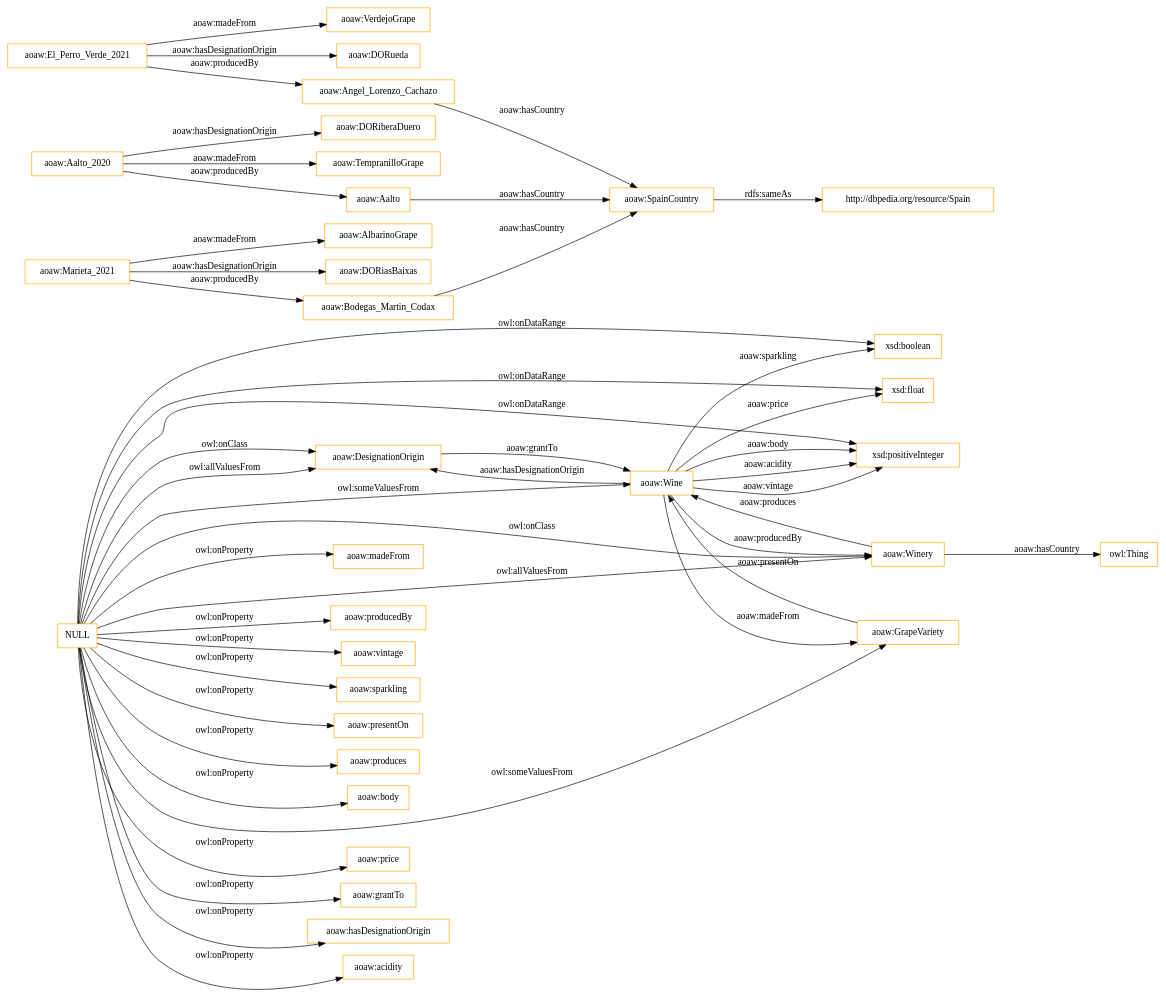
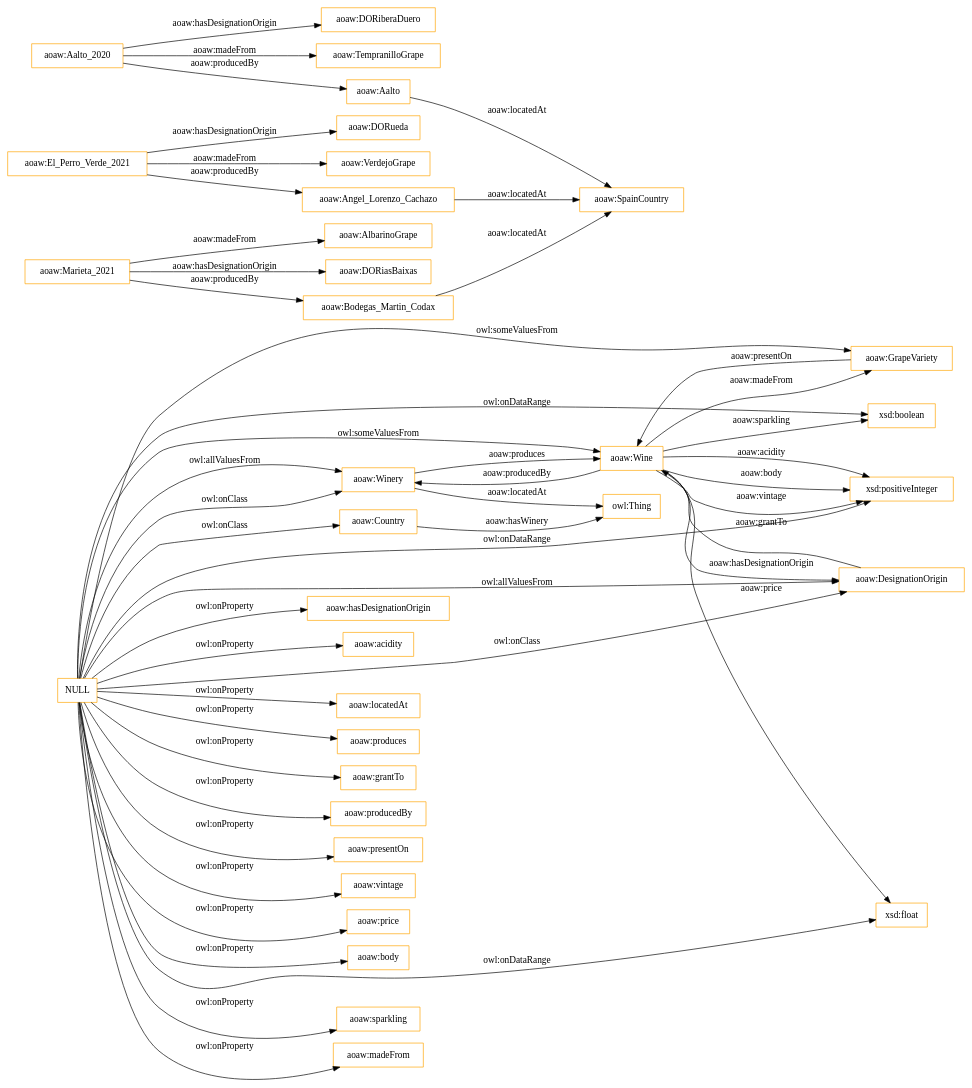
One commit to dcordobar/aoaw changed the diagram in OnToology/aoaw.rdf/diagrams/ar2dtool-class/aoaw.rdf.png.dot. Above: the diagram before and after it, drawn with Graphviz. The commit also changed 12 other files, not shown here.

```diff
--- a/OnToology/aoaw.rdf/diagrams/ar2dtool-class/aoaw.rdf.png.dot
+++ b/OnToology/aoaw.rdf/diagrams/ar2dtool-class/aoaw.rdf.png.dot
@@ -1,51 +1,53 @@
 digraph ar2dtool_diagram { 
 rankdir=LR;
 size="1501"
-node [shape = rectangle, color="orange"]; "aoaw:DesignationOrigin" "aoaw:VerdejoGrape" "aoaw:DORiberaDuero" "aoaw:Wine" "aoaw:AlbarinoGrape" "aoaw:TempranilloGrape" "aoaw:Winery" "aoaw:DORueda" "aoaw:DORiasBaixas" "aoaw:GrapeVariety" ; /*classes style*/
+node [shape = rectangle, color="orange"]; "aoaw:Country" "aoaw:DORiberaDuero" "aoaw:DORueda" "aoaw:GrapeVariety" "aoaw:Winery" "aoaw:AlbarinoGrape" "aoaw:TempranilloGrape" "aoaw:DesignationOrigin" "aoaw:VerdejoGrape" "aoaw:DORiasBaixas" "aoaw:Wine" ; /*classes style*/
 	"NULL" -> "xsd:boolean" [ label = "owl:onDataRange" ];
-	"NULL" -> "aoaw:madeFrom" [ label = "owl:onProperty" ];
+	"NULL" -> "aoaw:hasDesignationOrigin" [ label = "owl:onProperty" ];
+	"NULL" -> "aoaw:acidity" [ label = "owl:onProperty" ];
 	"NULL" -> "xsd:float" [ label = "owl:onDataRange" ];
+	"NULL" -> "aoaw:locatedAt" [ label = "owl:onProperty" ];
+	"NULL" -> "aoaw:produces" [ label = "owl:onProperty" ];
+	"NULL" -> "aoaw:grantTo" [ label = "owl:onProperty" ];
+	"NULL" -> "aoaw:producedBy" [ label = "owl:onProperty" ];
+	"NULL" -> "aoaw:DesignationOrigin" [ label = "owl:allValuesFrom" ];
 	"NULL" -> "aoaw:GrapeVariety" [ label = "owl:someValuesFrom" ];
-	"NULL" -> "aoaw:producedBy" [ label = "owl:onProperty" ];
-	"NULL" -> "aoaw:Winery" [ label = "owl:onClass" ];
-	"NULL" -> "aoaw:DesignationOrigin" [ label = "owl:allValuesFrom" ];
+	"NULL" -> "aoaw:presentOn" [ label = "owl:onProperty" ];
+	"NULL" -> "aoaw:Wine" [ label = "owl:someValuesFrom" ];
 	"NULL" -> "aoaw:vintage" [ label = "owl:onProperty" ];
-	"NULL" -> "aoaw:sparkling" [ label = "owl:onProperty" ];
-	"NULL" -> "aoaw:presentOn" [ label = "owl:onProperty" ];
-	"NULL" -> "aoaw:produces" [ label = "owl:onProperty" ];
-	"NULL" -> "aoaw:Wine" [ label = "owl:someValuesFrom" ];
+	"NULL" -> "aoaw:price" [ label = "owl:onProperty" ];
 	"NULL" -> "aoaw:body" [ label = "owl:onProperty" ];
 	"NULL" -> "xsd:positiveInteger" [ label = "owl:onDataRange" ];
-	"NULL" -> "aoaw:price" [ label = "owl:onProperty" ];
-	"NULL" -> "aoaw:grantTo" [ label = "owl:onProperty" ];
-	"NULL" -> "aoaw:hasDesignationOrigin" [ label = "owl:onProperty" ];
+	"NULL" -> "aoaw:Winery" [ label = "owl:onClass" ];
+	"NULL" -> "aoaw:sparkling" [ label = "owl:onProperty" ];
 	"NULL" -> "aoaw:DesignationOrigin" [ label = "owl:onClass" ];
-	"NULL" -> "aoaw:acidity" [ label = "owl:onProperty" ];
+	"NULL" -> "aoaw:Country" [ label = "owl:onClass" ];
+	"NULL" -> "aoaw:madeFrom" [ label = "owl:onProperty" ];
 	"NULL" -> "aoaw:Winery" [ label = "owl:allValuesFrom" ];
+	"aoaw:Angel_Lorenzo_Cachazo" -> "aoaw:SpainCountry" [ label = "aoaw:locatedAt" ];
+	"aoaw:Bodegas_Martin_Codax" -> "aoaw:SpainCountry" [ label = "aoaw:locatedAt" ];
 	"aoaw:Aalto_2020" -> "aoaw:TempranilloGrape" [ label = "aoaw:madeFrom" ];
+	"aoaw:Aalto_2020" -> "aoaw:DORiberaDuero" [ label = "aoaw:hasDesignationOrigin" ];
 	"aoaw:Aalto_2020" -> "aoaw:Aalto" [ label = "aoaw:producedBy" ];
-	"aoaw:Aalto_2020" -> "aoaw:DORiberaDuero" [ label = "aoaw:hasDesignationOrigin" ];
-	"aoaw:Angel_Lorenzo_Cachazo" -> "aoaw:SpainCountry" [ label = "aoaw:hasCountry" ];
-	"aoaw:El_Perro_Verde_2021" -> "aoaw:DORueda" [ label = "aoaw:hasDesignationOrigin" ];
-	"aoaw:El_Perro_Verde_2021" -> "aoaw:Angel_Lorenzo_Cachazo" [ label = "aoaw:producedBy" ];
-	"aoaw:El_Perro_Verde_2021" -> "aoaw:VerdejoGrape" [ label = "aoaw:madeFrom" ];
-	"aoaw:Bodegas_Martin_Codax" -> "aoaw:SpainCountry" [ label = "aoaw:hasCountry" ];
-	"aoaw:SpainCountry" -> "http://dbpedia.org/resource/Spain" [ label = "rdfs:sameAs" ];
-	"aoaw:Aalto" -> "aoaw:SpainCountry" [ label = "aoaw:hasCountry" ];
 	"aoaw:Marieta_2021" -> "aoaw:AlbarinoGrape" [ label = "aoaw:madeFrom" ];
 	"aoaw:Marieta_2021" -> "aoaw:Bodegas_Martin_Codax" [ label = "aoaw:producedBy" ];
 	"aoaw:Marieta_2021" -> "aoaw:DORiasBaixas" [ label = "aoaw:hasDesignationOrigin" ];
+	"aoaw:El_Perro_Verde_2021" -> "aoaw:Angel_Lorenzo_Cachazo" [ label = "aoaw:producedBy" ];
+	"aoaw:El_Perro_Verde_2021" -> "aoaw:VerdejoGrape" [ label = "aoaw:madeFrom" ];
+	"aoaw:El_Perro_Verde_2021" -> "aoaw:DORueda" [ label = "aoaw:hasDesignationOrigin" ];
+	"aoaw:Aalto" -> "aoaw:SpainCountry" [ label = "aoaw:locatedAt" ];
+	"aoaw:Wine" -> "aoaw:DesignationOrigin" [ label = "aoaw:hasDesignationOrigin" ];
+	"aoaw:Wine" -> "xsd:positiveInteger" [ label = "aoaw:vintage" ];
 	"aoaw:GrapeVariety" -> "aoaw:Wine" [ label = "aoaw:presentOn" ];
+	"aoaw:Country" -> "owl:Thing" [ label = "aoaw:hasWinery" ];
+	"aoaw:Wine" -> "xsd:boolean" [ label = "aoaw:sparkling" ];
+	"aoaw:Wine" -> "xsd:positiveInteger" [ label = "aoaw:acidity" ];
 	"aoaw:Wine" -> "xsd:positiveInteger" [ label = "aoaw:body" ];
+	"aoaw:Winery" -> "aoaw:Wine" [ label = "aoaw:produces" ];
 	"aoaw:DesignationOrigin" -> "aoaw:Wine" [ label = "aoaw:grantTo" ];
-	"aoaw:Wine" -> "xsd:positiveInteger" [ label = "aoaw:acidity" ];
-	"aoaw:Wine" -> "xsd:positiveInteger" [ label = "aoaw:vintage" ];
-	"aoaw:Winery" -> "owl:Thing" [ label = "aoaw:hasCountry" ];
-	"aoaw:Wine" -> "xsd:boolean" [ label = "aoaw:sparkling" ];
+	"aoaw:Winery" -> "owl:Thing" [ label = "aoaw:locatedAt" ];
+	"aoaw:Wine" -> "aoaw:Winery" [ label = "aoaw:producedBy" ];
 	"aoaw:Wine" -> "aoaw:GrapeVariety" [ label = "aoaw:madeFrom" ];
-	"aoaw:Wine" -> "aoaw:Winery" [ label = "aoaw:producedBy" ];
-	"aoaw:Winery" -> "aoaw:Wine" [ label = "aoaw:produces" ];
-	"aoaw:Wine" -> "aoaw:DesignationOrigin" [ label = "aoaw:hasDesignationOrigin" ];
 	"aoaw:Wine" -> "xsd:float" [ label = "aoaw:price" ];
 
 }
```
